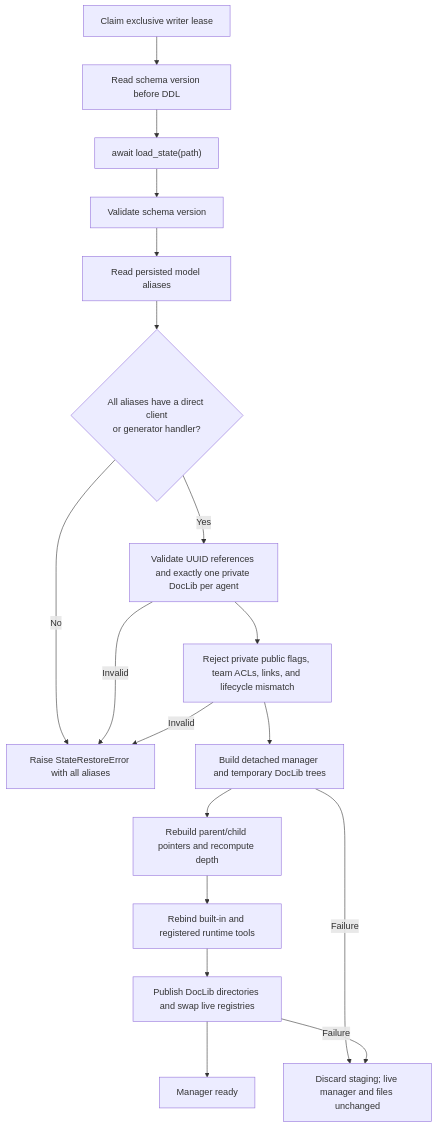
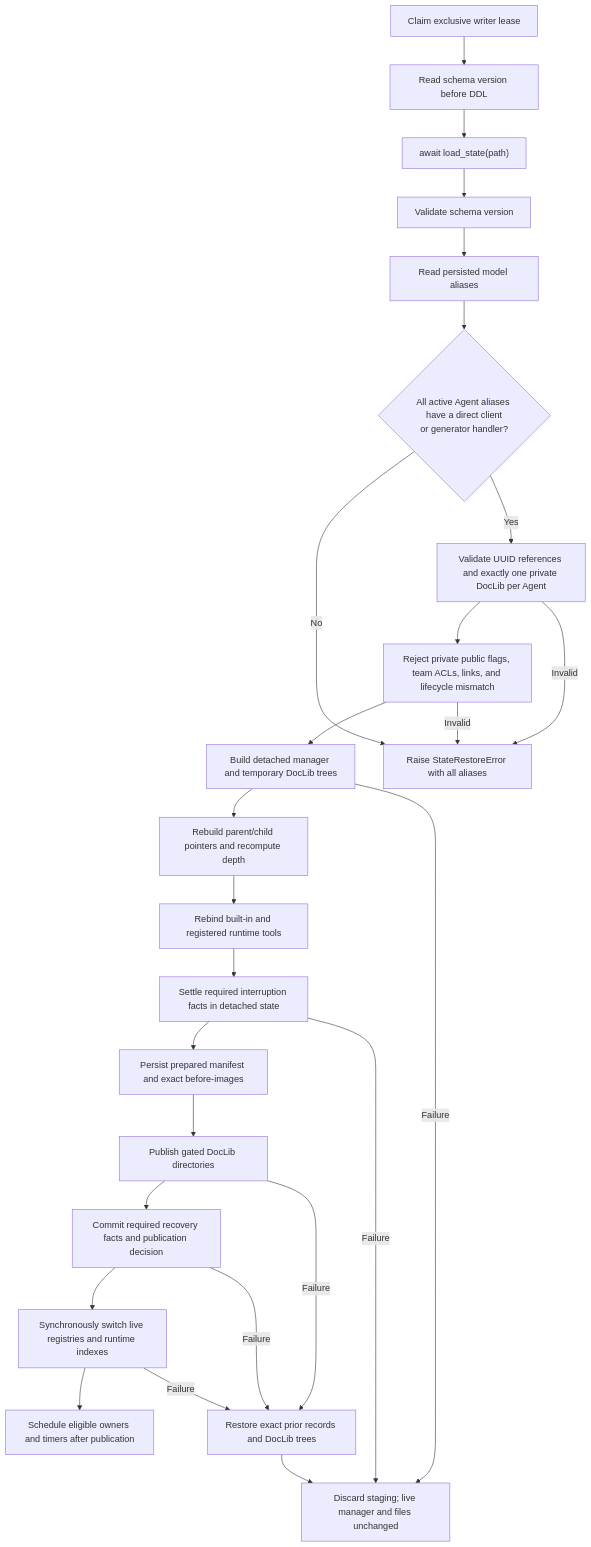
Before and after one commit to AI-Team-Team/AI-Team-Team: the second of 2 diagrams in docs/flowcharts/State_Persistence.md, drawn with Mermaid. The commit also changed other lines of this file and 113 other files, not shown here.

First line of the commit message:
feat(activity): integrate sleep, recovery, and retained agent death

````diff
--- a/docs/flowcharts/State_Persistence.md
+++ b/docs/flowcharts/State_Persistence.md
@@ -19,20 +19,28 @@
 ```mermaid
 flowchart TD
     Open["Claim exclusive writer lease"] --> Preflight["Read schema version before DDL"]
     Preflight --> Load["await load_state(path)"]
     Load --> Version["Validate schema version"]
     Version --> Aliases["Read persisted model aliases"]
-    Aliases --> Bindings{"All aliases have a direct client\nor generator handler?"}
+    Aliases --> Bindings{"All active Agent aliases have a direct client\nor generator handler?"}
     Bindings -- "No" --> Error["Raise StateRestoreError with all aliases"]
-    Bindings -- "Yes" --> Validate["Validate UUID references and exactly one private DocLib per agent"]
+    Bindings -- "Yes" --> Validate["Validate UUID references and exactly one private DocLib per Agent"]
     Validate --> Privacy["Reject private public flags, team ACLs, links, and lifecycle mismatch"]
     Privacy --> Stage["Build detached manager and temporary DocLib trees"]
     Stage --> Pointers["Rebuild parent/child pointers and recompute depth"]
     Pointers --> Runtime["Rebind built-in and registered runtime tools"]
-    Runtime --> Publish["Publish DocLib directories and swap live registries"]
-    Publish --> Ready["Manager ready"]
+    Runtime --> Recovery["Settle required interruption facts in detached state"]
+    Recovery --> Prepared["Persist prepared manifest and exact before-images"]
+    Prepared --> Files["Publish gated DocLib directories"]
+    Files --> Receipt["Commit required recovery facts and publication decision"]
+    Receipt --> Publish["Synchronously switch live registries and runtime indexes"]
+    Publish --> Ready["Schedule eligible owners and timers after publication"]
     Validate -- "Invalid" --> Error
     Privacy -- "Invalid" --> Error
     Stage -- "Failure" --> Rollback["Discard staging; live manager and files unchanged"]
-    Publish -- "Failure" --> Rollback
+    Recovery -- "Failure" --> Rollback
+    Files -- "Failure" --> Inverse["Restore exact prior records and DocLib trees"]
+    Receipt -- "Failure" --> Inverse
+    Publish -- "Failure" --> Inverse
+    Inverse --> Rollback
 ```
````
